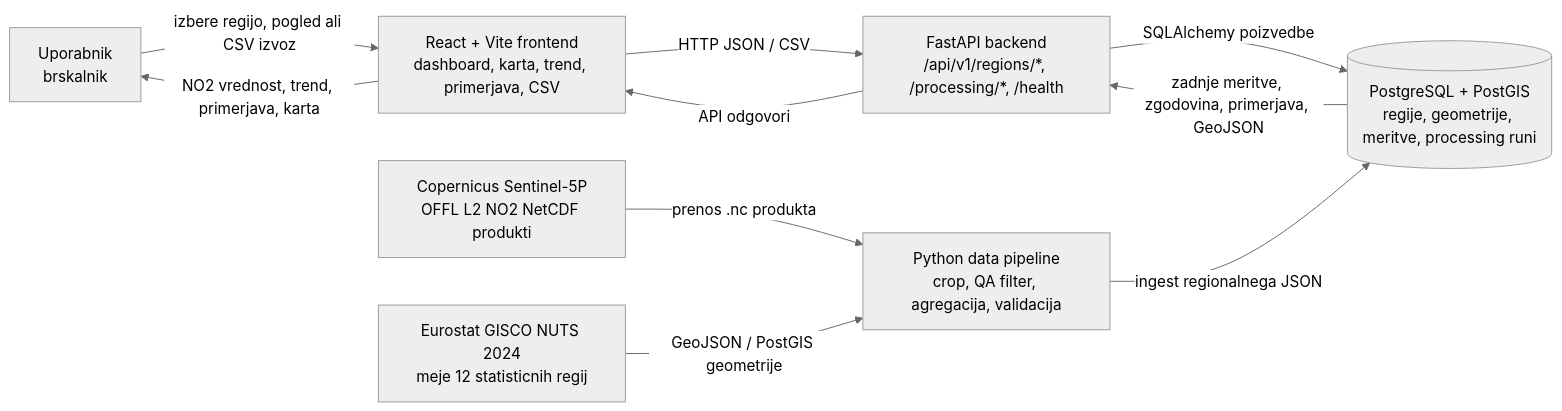
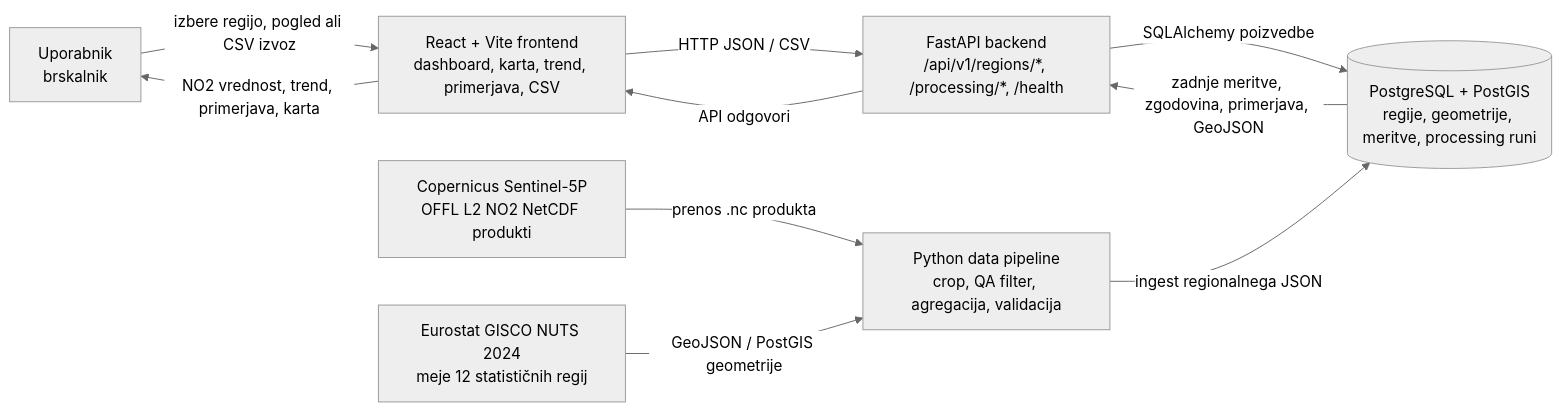
Before and after one commit to PROJEKT-IPT/airwatch-slo: the diagram in docs/08_final_architecture_diagram.md, drawn with Mermaid (neutral theme). The commit also changed other lines of this file and 4 other files, not shown here.

````diff
--- a/docs/08_final_architecture_diagram.md
+++ b/docs/08_final_architecture_diagram.md
@@ -8,20 +8,20 @@
 ```mermaid
 flowchart LR
     user["Uporabnik<br/>brskalnik"]
     frontend["React + Vite frontend<br/>dashboard, karta, trend, primerjava, CSV"]
     backend["FastAPI backend<br/>/api/v1/regions/*, /processing/*, /health"]
     db[("PostgreSQL + PostGIS<br/>regije, geometrije, meritve, processing runi")]
     pipeline["Python data pipeline<br/>crop, QA filter, agregacija, validacija"]
     copernicus["Copernicus Sentinel-5P<br/>OFFL L2 NO2 NetCDF produkti"]
-    boundaries["Eurostat GISCO NUTS 2024<br/>meje 12 statisticnih regij"]
+   boundaries["Eurostat GISCO NUTS 2024<br/>meje 12 statističnih regij"]
 
     user -->|"izbere regijo, pogled ali CSV izvoz"| frontend
     frontend -->|"HTTP JSON / CSV"| backend
     backend -->|"SQLAlchemy poizvedbe"| db
     pipeline -->|"ingest regionalnega JSON"| db
     copernicus -->|"prenos .nc produkta"| pipeline
     boundaries -->|"GeoJSON / PostGIS geometrije"| pipeline
     db -->|"zadnje meritve, zgodovina, primerjava, GeoJSON"| backend
     backend -->|"API odgovori"| frontend
     frontend -->|"NO2 vrednost, trend, primerjava, karta"| user
 ```
````
